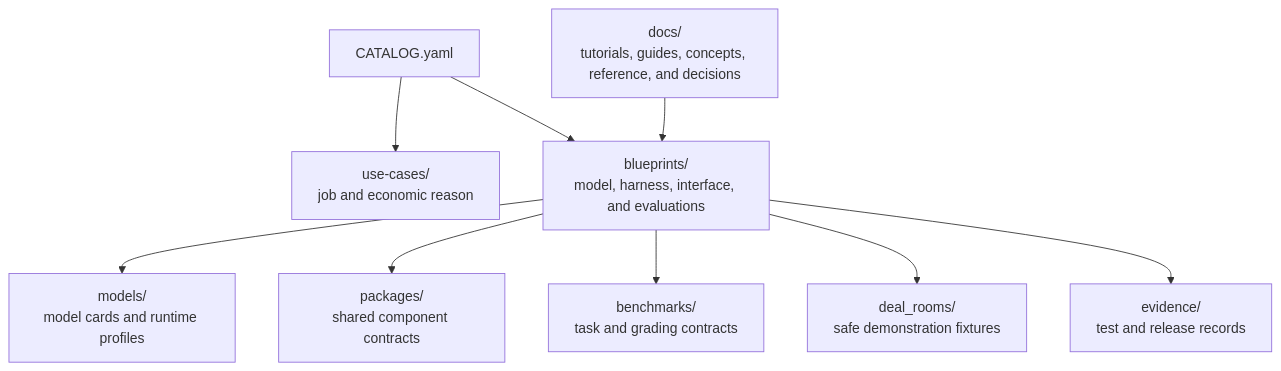
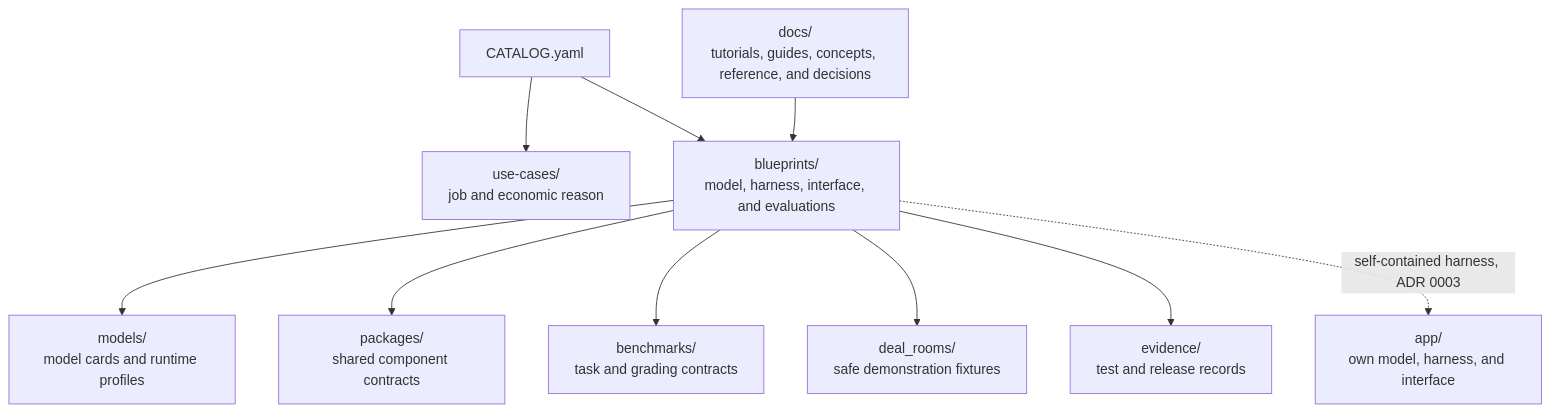
One commit to ChaiWithJai/hybrid-ai-blueprints changed the fifth of 5 diagrams in docs/architecture/README.md. Above: the diagram before and after it, drawn with Mermaid. The commit also changed other lines of this file and 10 other files, not shown here.

````diff
--- a/docs/architecture/README.md
+++ b/docs/architecture/README.md
@@ -129,11 +133,12 @@
 ```mermaid
 flowchart TB
     Catalog["CATALOG.yaml"] --> UseCase["use-cases/<br/>job and economic reason"]
     Catalog --> Blueprint["blueprints/<br/>model, harness, interface, and evaluations"]
     Blueprint --> Models["models/<br/>model cards and runtime profiles"]
     Blueprint --> Packages["packages/<br/>shared component contracts"]
     Blueprint --> Benchmarks["benchmarks/<br/>task and grading contracts"]
     Blueprint --> Demo["deal_rooms/<br/>safe demonstration fixtures"]
     Blueprint --> Evidence["evidence/<br/>test and release records"]
+    Blueprint -.->|self-contained harness, ADR 0003| SelfApp["app/<br/>own model, harness, and interface"]
     Docs["docs/<br/>tutorials, guides, concepts, reference, and decisions"] --> Blueprint
 ```
````
